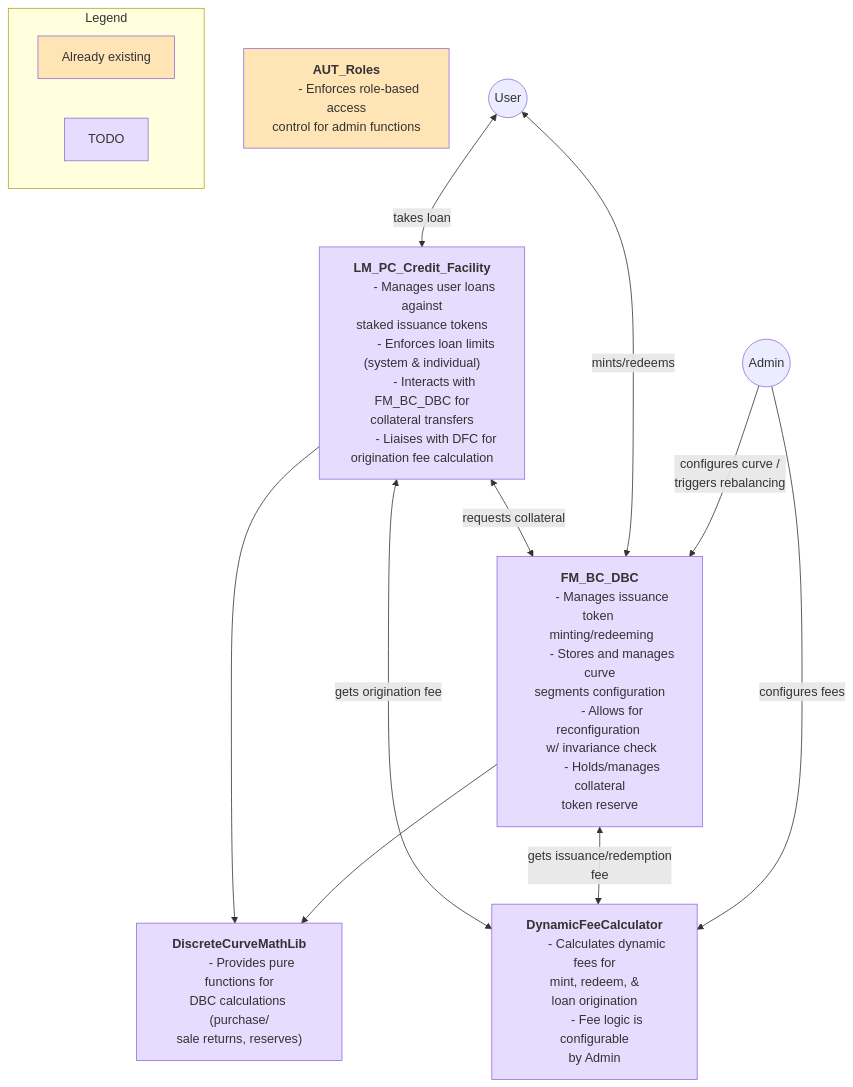
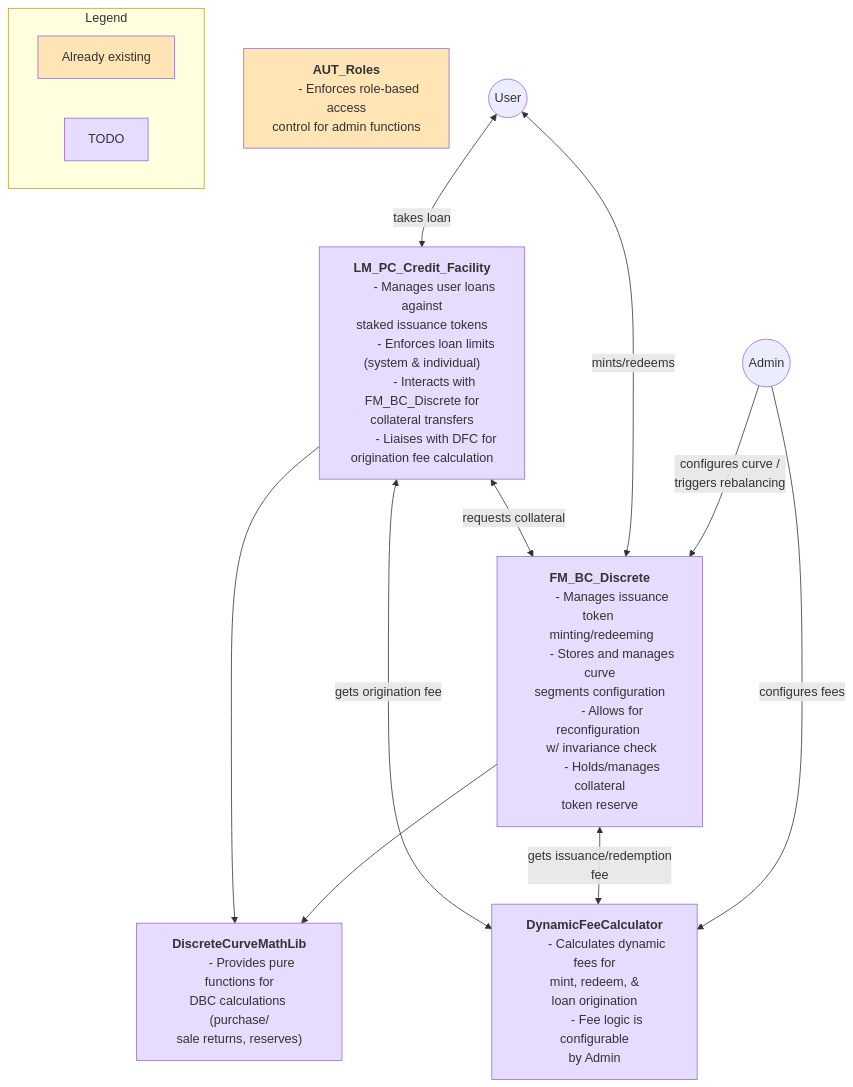
One commit to InverterNetwork/contracts changed the first of 7 diagrams in context/Specs.md. Above: the diagram before and after it, drawn with Mermaid. The commit also changed other lines of this file and 8 other files, not shown here.

Commit message:
chore: rename FM_BC_DBC => FM_BC_Discrete

````diff
--- a/context/Specs.md
+++ b/context/Specs.md
@@ -30,71 +30,71 @@
 ```mermaid
 %%{init: {'flowchart': {'curve': 'basis', 'width': 1200, 'nodeSpacing': 50, 'rankSpacing': 50}} }%%
 flowchart TD
     %% Node Definitions
     %% ---------------
     %% Core Modules
-    FM_BC_DBC["
-        <strong>FM_BC_DBC</strong>
+    FM_BC_Discrete["
+        <strong>FM_BC_Discrete</strong>
         - Manages issuance token <br> minting/redeeming
         - Stores and manages curve<br>segments configuration
         - Allows for reconfiguration <br> w/ invariance check
         - Holds/manages collateral<br>token reserve"]
 
     AUT["
         <strong>AUT_Roles</strong>
         - Enforces role-based access<br>control for admin functions"]
 
     %% Logic Modules
     LM_PC_CF["
         <strong>LM_PC_Credit_Facility</strong>
         - Manages user loans against<br>staked issuance tokens
         - Enforces loan limits<br>(system & individual)
-        - Interacts with FM_BC_DBC for<br>collateral transfers
+        - Interacts with FM_BC_Discrete for<br>collateral transfers
         - Liaises with DFC for<br>origination fee calculation"]
 
     %% Auxiliary
     DCML["
         <strong>DiscreteCurveMathLib</strong>
         - Provides pure functions for<br>DBC calculations (purchase/<br>sale returns, reserves)"]
 
     DFC["
         <strong>DynamicFeeCalculator</strong>
         - Calculates dynamic fees for<br>mint, redeem, &<br>loan origination
         - Fee logic is configurable<br>by Admin"]
 
 
     %% Actors
     User(("User"))
     Admin(("Admin"))
 
     %% Legend Definition
     %% ----------------
     subgraph Legend
         direction LR
         Existing["Already existing"]
         Todo["TODO"]
     end
 
     %% Styling
     %% -------
     classDef ex fill:#FFE4B5
     classDef todo fill:#E6DCFD
     class Existing,AUT ex
-    class Todo,FM_BC_DBC,LM_PC_CF,DCML,DFC todo
+    class Todo,FM_BC_Discrete,LM_PC_CF,DCML,DFC todo
 
     %% Relationships
     %% ------------
     %% User Actions
     User <--> |takes loan| LM_PC_CF
-    Admin --> |configures curve /<br>triggers rebalancing| FM_BC_DBC
-    User <--> |mints/redeems| FM_BC_DBC
+    Admin --> |configures curve /<br>triggers rebalancing| FM_BC_Discrete
+    User <--> |mints/redeems| FM_BC_Discrete
     Admin --> |configures fees| DFC
 
     %% Module Interactions
-    FM_BC_DBC --> DCML
+    FM_BC_Discrete --> DCML
     LM_PC_CF --> DCML
-    LM_PC_CF <--> |requests collateral| FM_BC_DBC
+    LM_PC_CF <--> |requests collateral| FM_BC_Discrete
 
-    FM_BC_DBC <--> |gets issuance/redemption<br>fee| DFC
+    FM_BC_Discrete <--> |gets issuance/redemption<br>fee| DFC
     LM_PC_CF <--> |gets origination fee| DFC
 ```
````
